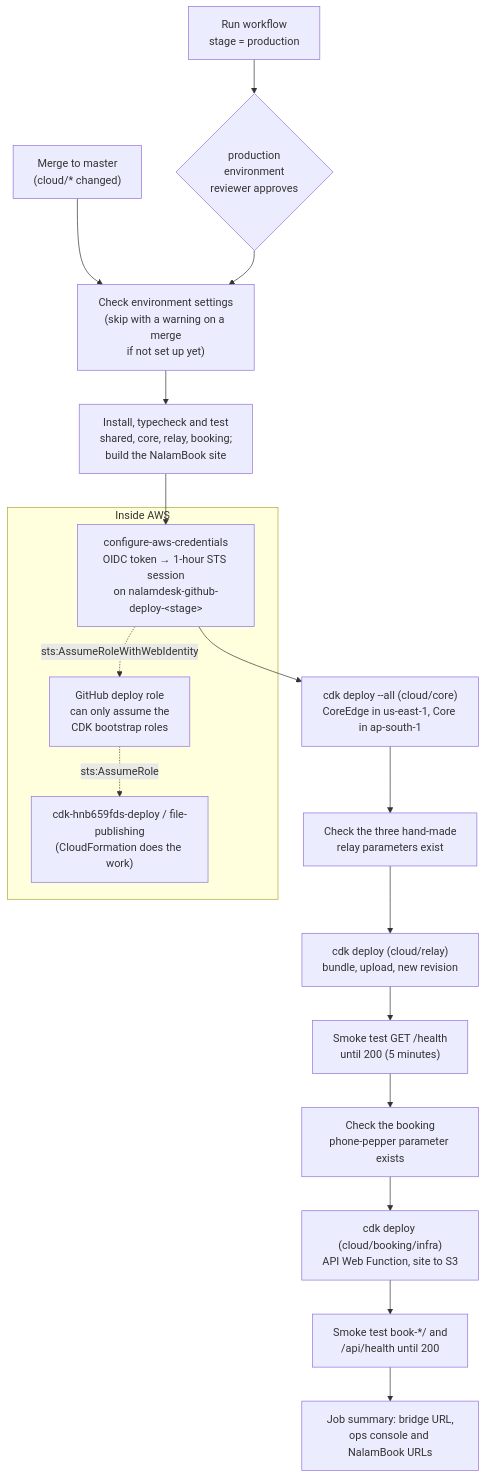
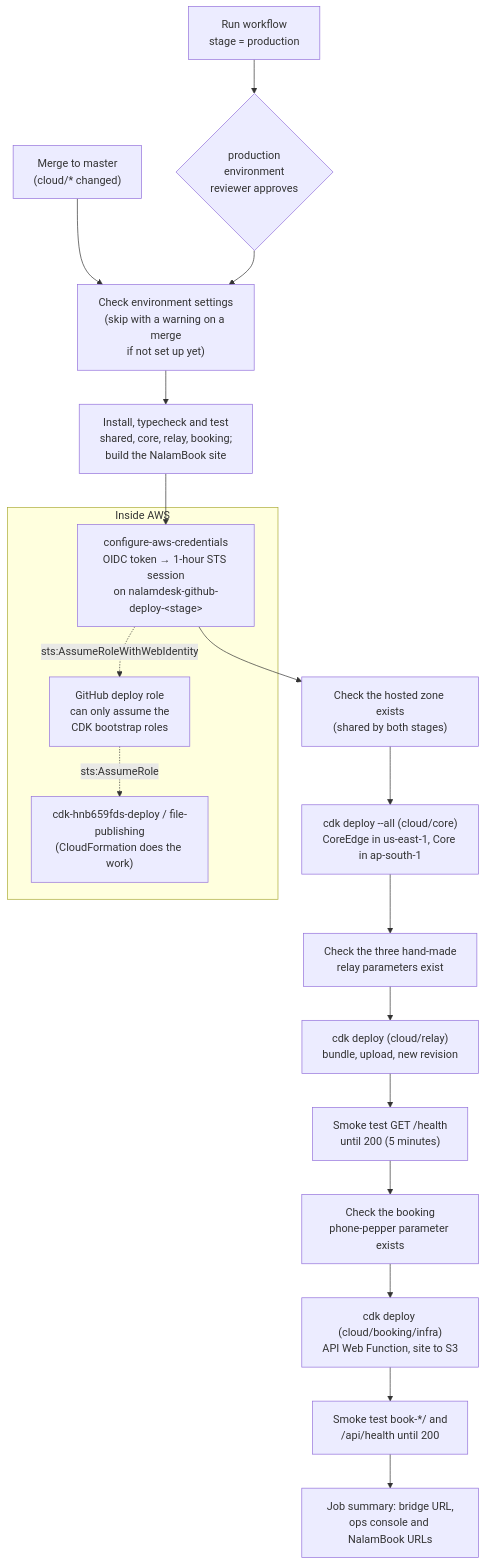
Before and after one commit to nalamdesk/nalamdesk: the fifth of 5 diagrams in docs/architecture/cloud-relay.md, drawn with Mermaid. The commit also changed other lines of this file and 11 other files, not shown here.

````diff
--- a/docs/architecture/cloud-relay.md
+++ b/docs/architecture/cloud-relay.md
@@ -156,21 +166,22 @@
 ```mermaid
 flowchart TD
     A["Merge to master<br/>(cloud/* changed)"] --> C
     B["Run workflow<br/>stage = production"] --> E{"production<br/>environment<br/>reviewer approves"}
     E --> C
     C["Check environment settings<br/>(skip with a warning on a merge<br/>if not set up yet)"] --> T["Install, typecheck and test<br/>shared, core, relay, booking;<br/>build the NalamBook site"]
     T --> O["configure-aws-credentials<br/>OIDC token → 1-hour STS session<br/>on nalamdesk-github-deploy-&lt;stage&gt;"]
-    O --> K["cdk deploy --all (cloud/core)<br/>CoreEdge in us-east-1, Core in ap-south-1"]
+    O --> Z["Check the hosted zone exists<br/>(shared by both stages)"]
+    Z --> K["cdk deploy --all (cloud/core)<br/>CoreEdge in us-east-1, Core in ap-south-1"]
     K --> P["Check the three hand-made<br/>relay parameters exist"]
     P --> R["cdk deploy (cloud/relay)<br/>bundle, upload, new revision"]
     R --> H["Smoke test GET /health<br/>until 200 (5 minutes)"]
     H --> BP["Check the booking<br/>phone-pepper parameter exists"]
     BP --> BK["cdk deploy (cloud/booking/infra)<br/>API Web Function, site to S3"]
     BK --> BH["Smoke test book-*/ and<br/>/api/health until 200"]
     BH --> S["Job summary: bridge URL,<br/>ops console and NalamBook URLs"]
 
     subgraph IAM["Inside AWS"]
         O -. "sts:AssumeRoleWithWebIdentity" .-> ROLE["GitHub deploy role<br/>can only assume the<br/>CDK bootstrap roles"]
         ROLE -. "sts:AssumeRole" .-> CDKR["cdk-hnb659fds-deploy / file-publishing<br/>(CloudFormation does the work)"]
     end
 ```
````
